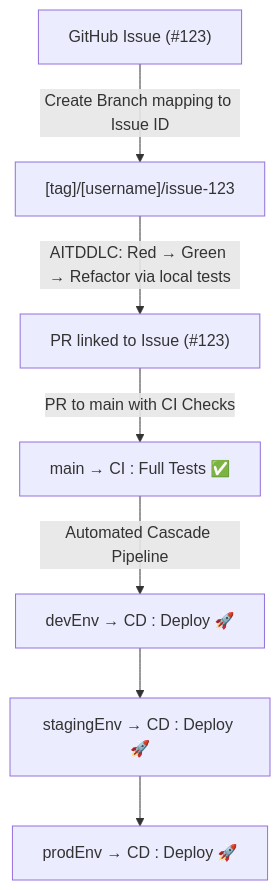
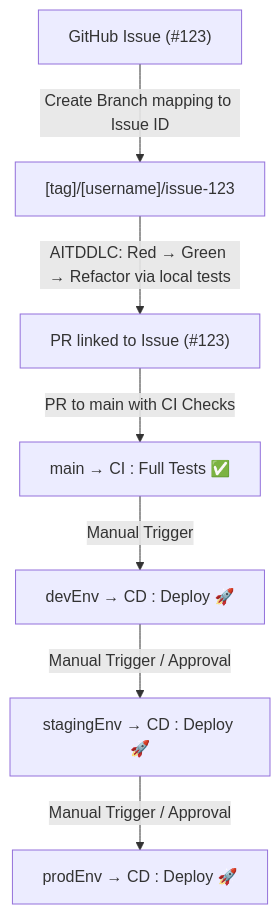
Before and after one commit to corebit-bd/pend-boilerplate: the diagram in BOILERPLATE_CONTEXT.md, drawn with Mermaid. The commit also changed other lines of this file and 6 other files, not shown here.

Commit message:
cicd : Removed Automated Branch Cascade Workflow & Updated Documentation accordingly

````diff
--- a/BOILERPLATE_CONTEXT.md
+++ b/BOILERPLATE_CONTEXT.md
@@ -358,9 +358,9 @@
 ```mermaid
 flowchart TD
     Issue["GitHub Issue (#123)"] -->|Create Branch mapping to Issue ID| Branch["[tag]/[username]/issue-123"]
     Branch -->|AITDDLC: Red → Green → Refactor via local tests| PR["PR linked to Issue (#123)"]
     PR -->|PR to main with CI Checks| CI["main → CI : Full Tests ✅"]
-    CI -->|Automated Cascade Pipeline| Dev["devEnv → CD : Deploy 🚀"]
-    Dev --> Staging["stagingEnv → CD : Deploy 🚀"]
-    Staging --> Prod["prodEnv → CD : Deploy 🚀"]
+    CI -->|Manual Trigger| Dev["devEnv → CD : Deploy 🚀"]
+    Dev -->|Manual Trigger / Approval| Staging["stagingEnv → CD : Deploy 🚀"]
+    Staging -->|Manual Trigger / Approval| Prod["prodEnv → CD : Deploy 🚀"]
 ```
````
